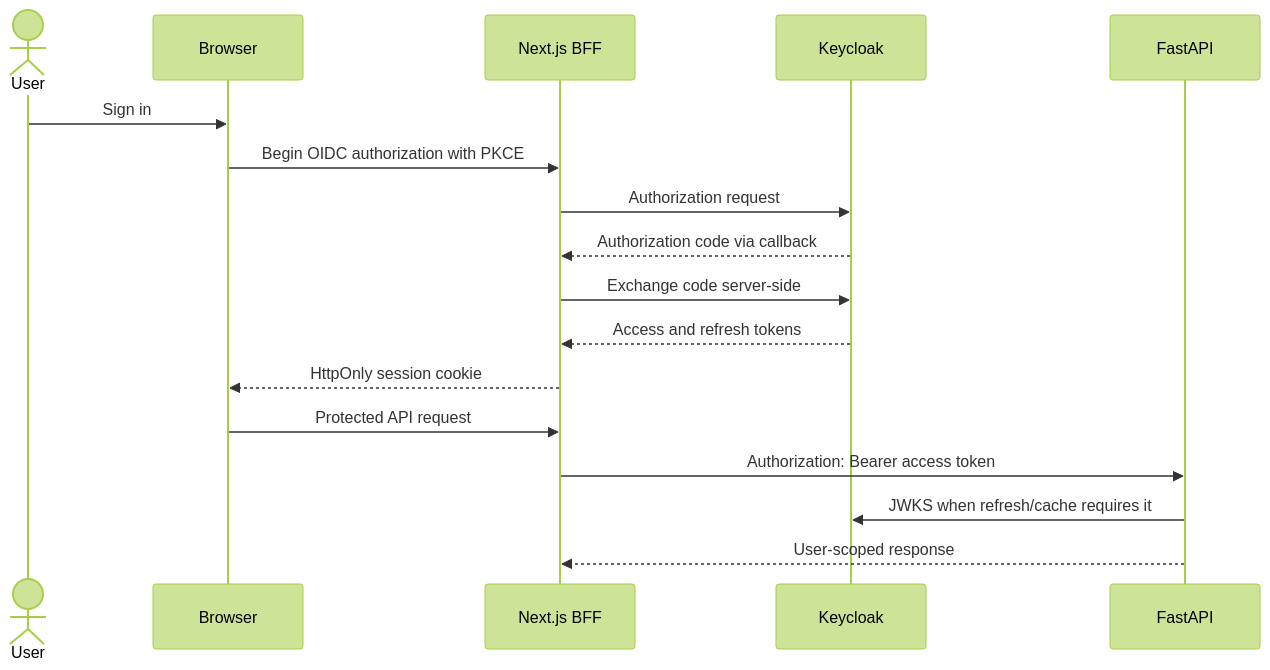
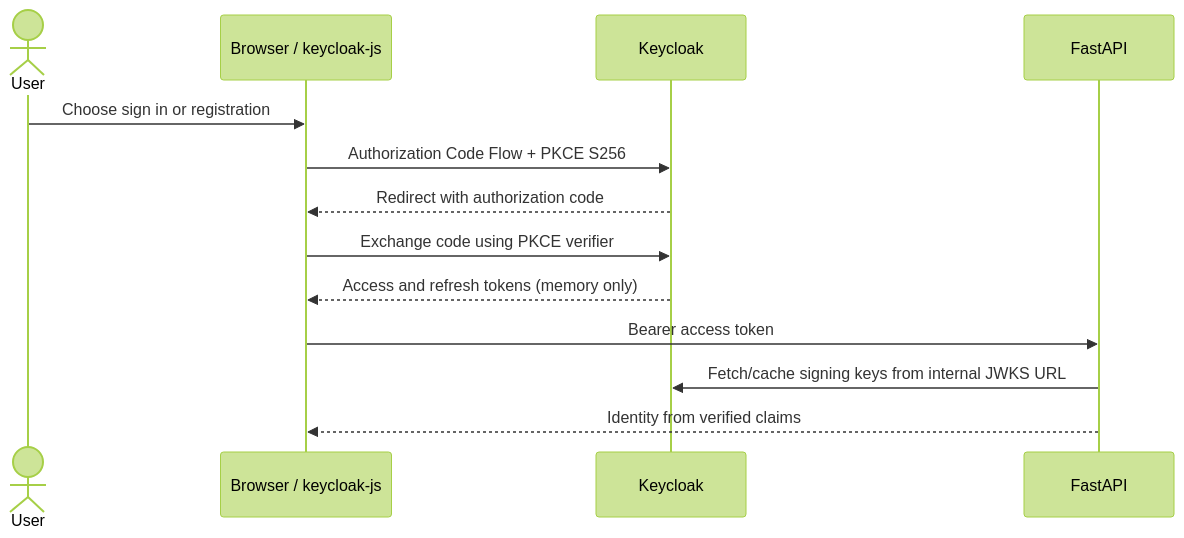
The second of 4 diagrams in docs/ENGINEERING_KNOWLEDGE_BASE.md (Raghav1005/AI-Document-Intelligence), drawn with Mermaid (forest theme) before and after one commit. The commit also changed other lines of this file and 31 other files, not shown here.

````diff
--- a/docs/ENGINEERING_KNOWLEDGE_BASE.md
+++ b/docs/ENGINEERING_KNOWLEDGE_BASE.md
@@ -27,19 +27,15 @@
 ```mermaid
 sequenceDiagram
     actor User
-    participant Browser
-    participant BFF as Next.js BFF
+    participant Browser as Browser / keycloak-js
     participant KC as Keycloak
     participant API as FastAPI
-    User->>Browser: Sign in
-    Browser->>BFF: Begin OIDC authorization with PKCE
-    BFF->>KC: Authorization request
-    KC-->>BFF: Authorization code via callback
-    BFF->>KC: Exchange code server-side
-    KC-->>BFF: Access and refresh tokens
-    BFF-->>Browser: HttpOnly session cookie
-    Browser->>BFF: Protected API request
-    BFF->>API: Authorization: Bearer access token
-    API->>KC: JWKS when refresh/cache requires it
-    API-->>BFF: User-scoped response
+    User->>Browser: Choose sign in or registration
+    Browser->>KC: Authorization Code Flow + PKCE S256
+    KC-->>Browser: Redirect with authorization code
+    Browser->>KC: Exchange code using PKCE verifier
+    KC-->>Browser: Access and refresh tokens (memory only)
+    Browser->>API: Bearer access token
+    API->>KC: Fetch/cache signing keys from internal JWKS URL
+    API-->>Browser: Identity from verified claims
 ```
````
